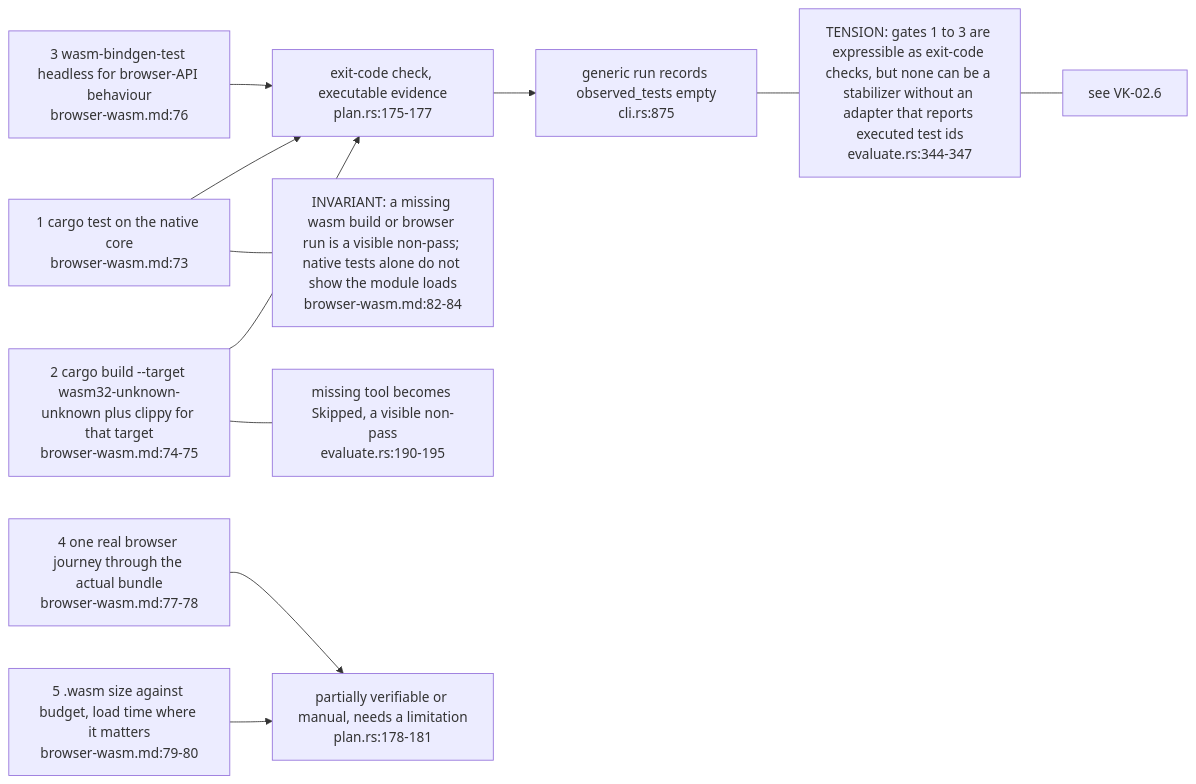
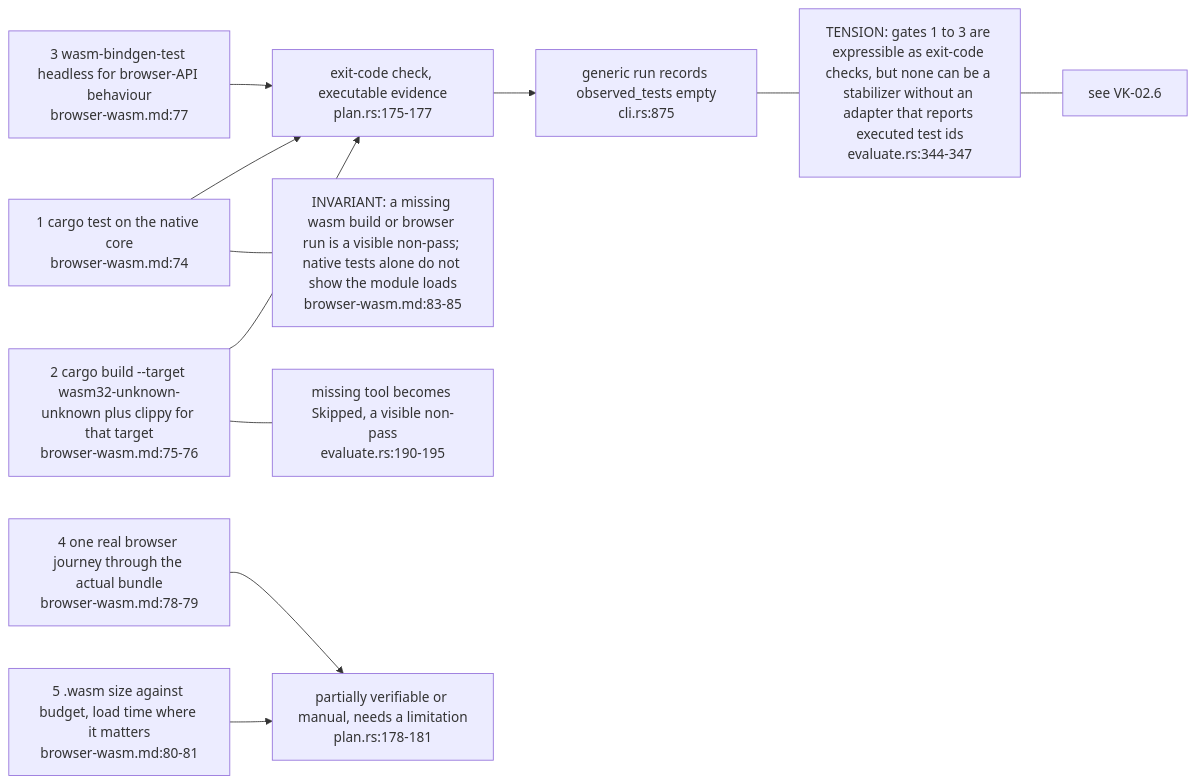
The fourth of 5 diagrams in docs/diagrams/visioncraft/05-browser-wasm-default-and-agentbox-consumption.md (DreamLab-AI/VisionFlow), drawn with Mermaid before and after one commit. The commit also changed other lines of this file and 36 other files, not shown here.

First line of the commit message:
docs(diagrams): re-derive and re-stamp agentbox, dream-engine, visioncraft, visiontouch and vowl topics; drop LAN addresses

````diff
--- a/docs/diagrams/visioncraft/05-browser-wasm-default-and-agentbox-consumption.md
+++ b/docs/diagrams/visioncraft/05-browser-wasm-default-and-agentbox-consumption.md
@@ -128,25 +129,25 @@
 ```mermaid
 flowchart LR
-    G1["1 cargo test on the native core<br/>browser-wasm.md:73"]
-    G2["2 cargo build --target wasm32-unknown-unknown plus clippy for that target<br/>browser-wasm.md:74-75"]
-    G3["3 wasm-bindgen-test headless for browser-API behaviour<br/>browser-wasm.md:76"]
-    G4["4 one real browser journey through the actual bundle<br/>browser-wasm.md:77-78"]
-    G5["5 .wasm size against budget, load time where it matters<br/>browser-wasm.md:79-80"]
+    G1["1 cargo test on the native core<br/>browser-wasm.md:74"]
+    G2["2 cargo build --target wasm32-unknown-unknown plus clippy for that target<br/>browser-wasm.md:75-76"]
+    G3["3 wasm-bindgen-test headless for browser-API behaviour<br/>browser-wasm.md:77"]
+    G4["4 one real browser journey through the actual bundle<br/>browser-wasm.md:78-79"]
+    G5["5 .wasm size against budget, load time where it matters<br/>browser-wasm.md:80-81"]
     EC["exit-code check, executable evidence<br/>plan.rs:175-177"]
     PV["partially verifiable or manual, needs a limitation<br/>plan.rs:178-181"]
     GEN["generic run records observed_tests empty<br/>cli.rs:875"]
     SK["missing tool becomes Skipped, a visible non-pass<br/>evaluate.rs:190-195"]
     G1 --> EC
     G2 --> EC
     G3 --> EC
     G4 --> PV
     G5 --> PV
     EC --> GEN
     G1 --- N1
-    N1["INVARIANT: a missing wasm build or browser run is a visible non-pass; native tests alone do not show the module loads<br/>browser-wasm.md:82-84"]
+    N1["INVARIANT: a missing wasm build or browser run is a visible non-pass; native tests alone do not show the module loads<br/>browser-wasm.md:83-85"]
     N2["TENSION: gates 1 to 3 are expressible as exit-code checks, but none can be a stabilizer without an adapter that reports executed test ids<br/>evaluate.rs:344-347"]
     N3["see VK-02.6"]
     GEN --- N2
     N2 --- N3
     G2 --- SK
 ```
````
